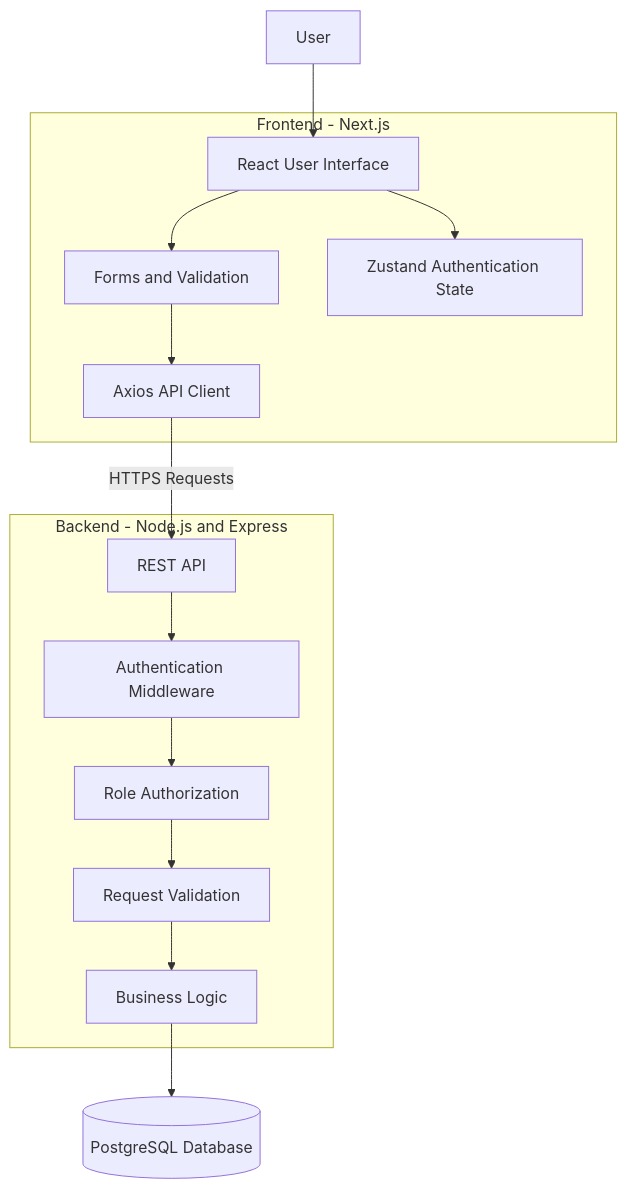
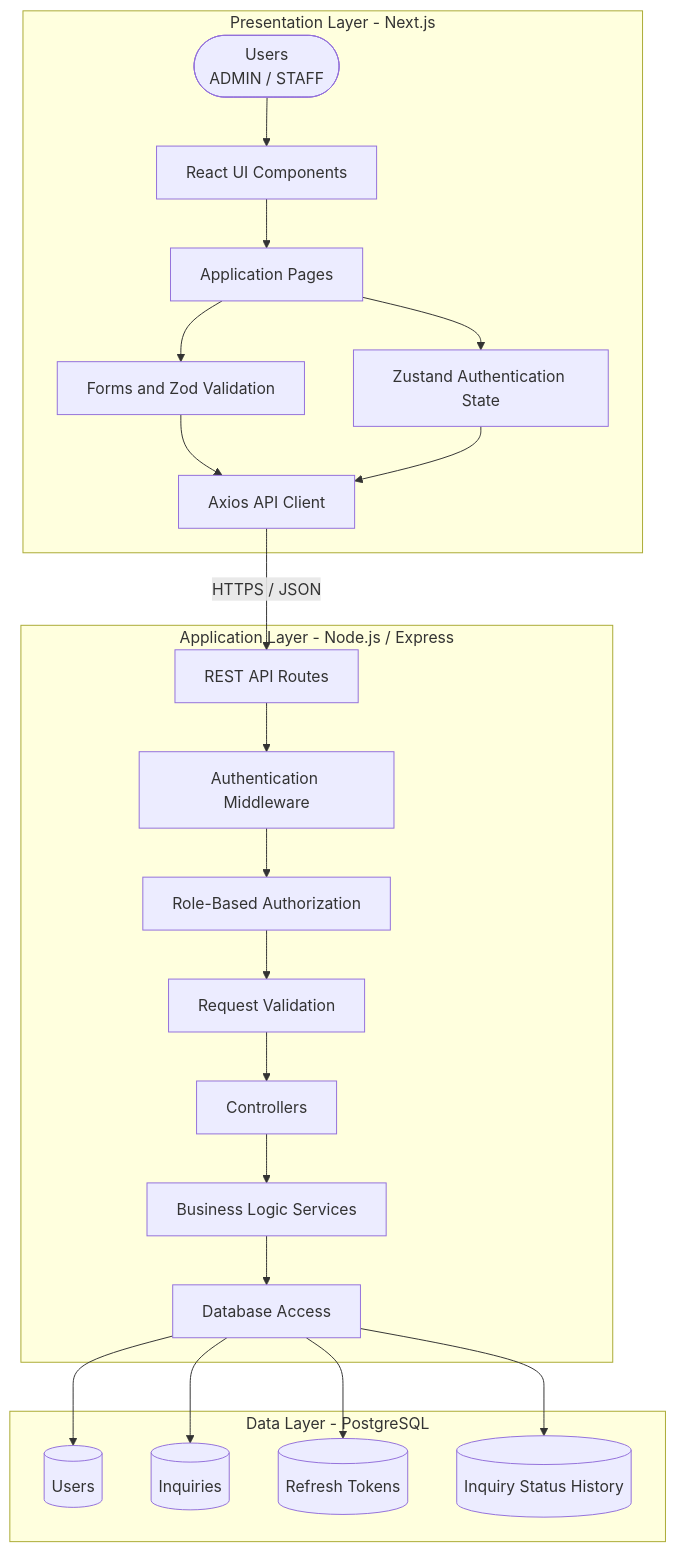
The first of 5 diagrams in README.md (dinithanki/customer-inquiry-management-system), drawn with Mermaid before and after one commit. The commit also changed other lines of this file, not shown here.

````diff
--- a/README.md
+++ b/README.md
@@ -126,32 +97,49 @@
 ```mermaid
 flowchart TB
-    USER["User"]
+    USER(["Users<br/>ADMIN / STAFF"])
 
-    subgraph FRONTEND["Frontend - Next.js"]
-        UI["React User Interface"]
-        FORMS["Forms and Validation"]
-        STORE["Zustand Authentication State"]
+    subgraph FRONTEND["Presentation Layer - Next.js"]
+        UI["React UI Components"]
+        PAGES["Application Pages"]
+        FORMS["Forms and Zod Validation"]
+        STATE["Zustand Authentication State"]
         CLIENT["Axios API Client"]
+
+        USER --> UI
+        UI --> PAGES
+        PAGES --> FORMS
+        PAGES --> STATE
+        FORMS --> CLIENT
+        STATE --> CLIENT
     end
 
-    subgraph BACKEND["Backend - Node.js and Express"]
-        API["REST API"]
+    subgraph BACKEND["Application Layer - Node.js / Express"]
+        ROUTES["REST API Routes"]
         AUTH["Authentication Middleware"]
-        RBAC["Role Authorization"]
+        RBAC["Role-Based Authorization"]
         VALIDATION["Request Validation"]
-        SERVICES["Business Logic"]
+        CONTROLLERS["Controllers"]
+        SERVICES["Business Logic Services"]
+        DB_ACCESS["Database Access"]
+
+        ROUTES --> AUTH
+        AUTH --> RBAC
+        RBAC --> VALIDATION
+        VALIDATION --> CONTROLLERS
+        CONTROLLERS --> SERVICES
+        SERVICES --> DB_ACCESS
     end
 
-    DB[("PostgreSQL Database")]
+    subgraph DATA["Data Layer - PostgreSQL"]
+        USERS[("Users")]
+        INQUIRIES[("Inquiries")]
+        TOKENS[("Refresh Tokens")]
+        HISTORY[("Inquiry Status History")]
+    end
 
-    USER --> UI
-    UI --> FORMS
-    UI --> STORE
-    FORMS --> CLIENT
-    CLIENT -->|"HTTPS Requests"| API
-    API --> AUTH
-    AUTH --> RBAC
-    RBAC --> VALIDATION
-    VALIDATION --> SERVICES
-    SERVICES --> DB
+    CLIENT -->|"HTTPS / JSON"| ROUTES
+    DB_ACCESS --> USERS
+    DB_ACCESS --> INQUIRIES
+    DB_ACCESS --> TOKENS
+    DB_ACCESS --> HISTORY
 ```
````
